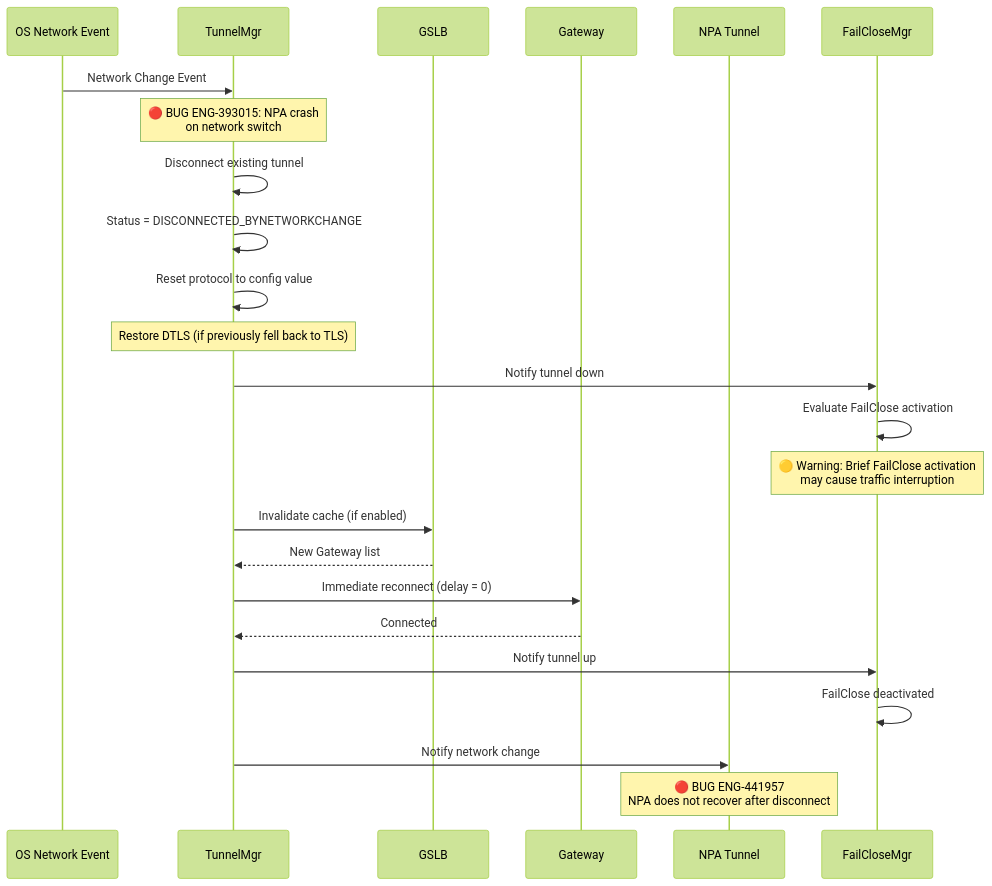
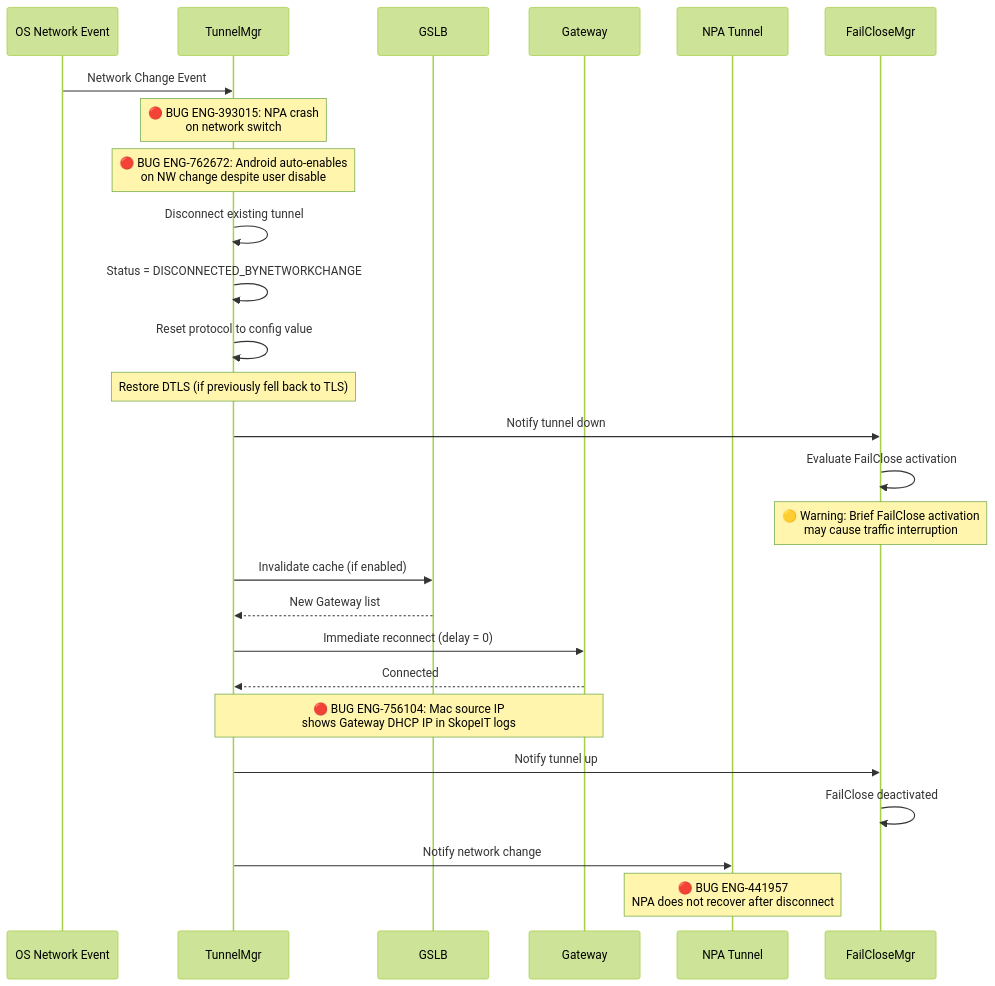
Before and after one commit to ns-klin/endpoint_system_test_plan: the fourth of 5 diagrams in chapters/07_tunnel_management.md, drawn with Mermaid (forest theme). The commit also changed other lines of this file and 26 other files, not shown here.

First line of the commit message:
Add 87 bugs from Excel enrichment and integrate into mermaid diagrams

````diff
--- a/chapters/07_tunnel_management.md
+++ b/chapters/07_tunnel_management.md
@@ -234,36 +245,39 @@
 ```mermaid
 sequenceDiagram
     participant OS as OS Network Event
     participant TUN as TunnelMgr
     participant GSLB as GSLB
     participant GW as Gateway
     participant NPA as NPA Tunnel
     participant FC as FailCloseMgr
 
     OS->>TUN: Network Change Event
     
     Note over TUN: 🔴 BUG ENG-393015: NPA crash<br/>on network switch
+    Note over TUN: 🔴 BUG ENG-762672: Android auto-enables<br/>on NW change despite user disable
 
     TUN->>TUN: Disconnect existing tunnel
     TUN->>TUN: Status = DISCONNECTED_BYNETWORKCHANGE
     TUN->>TUN: Reset protocol to config value
     
     Note over TUN: Restore DTLS (if previously fell back to TLS)
 
     TUN->>FC: Notify tunnel down
     FC->>FC: Evaluate FailClose activation
     
     Note over FC: 🟡 Warning: Brief FailClose activation<br/>may cause traffic interruption
 
     TUN->>GSLB: Invalidate cache (if enabled)
     GSLB-->>TUN: New Gateway list
     
     TUN->>GW: Immediate reconnect (delay = 0)
     GW-->>TUN: Connected
+
+    Note over TUN,GW: 🔴 BUG ENG-756104: Mac source IP<br/>shows Gateway DHCP IP in SkopeIT logs
     
     TUN->>FC: Notify tunnel up
     FC->>FC: FailClose deactivated
     
     TUN->>NPA: Notify network change
     Note over NPA: 🔴 BUG ENG-441957<br/>NPA does not recover after disconnect
 ```
````
